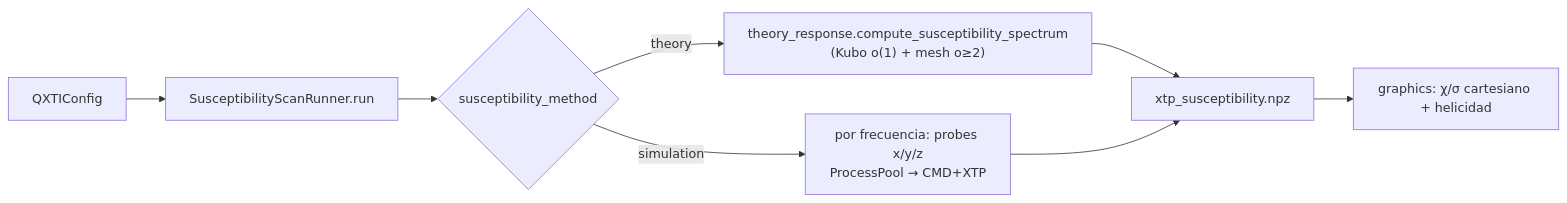
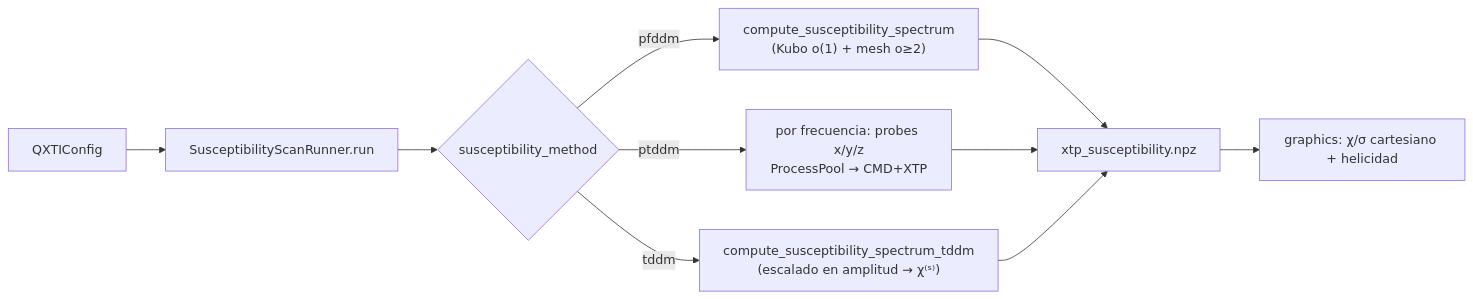
One commit to Vicber507/QXTI changed the second of 3 diagrams in docs/vault/Data Flow.md. Above: the diagram before and after it, drawn with Mermaid. The commit also changed other lines of this file and 26 other files, not shown here.

````diff
--- a/docs/vault/Data Flow.md
+++ b/docs/vault/Data Flow.md
@@ -55,10 +59,12 @@
 ```mermaid
 graph LR
     CFG[QXTIConfig] --> RUN[SusceptibilityScanRunner.run]
     RUN --> BR{susceptibility_method}
-    BR -->|theory| THS["theory_response.compute_susceptibility_spectrum<br/>(Kubo o(1) + mesh o≥2)"]
-    BR -->|simulation| WK["por frecuencia: probes x/y/z<br/>ProcessPool → CMD+XTP"]
+    BR -->|pfddm| THS["compute_susceptibility_spectrum<br/>(Kubo o(1) + mesh o≥2)"]
+    BR -->|ptddm| WK["por frecuencia: probes x/y/z<br/>ProcessPool → CMD+XTP"]
+    BR -->|tddm| TS["compute_susceptibility_spectrum_tddm<br/>(escalado en amplitud → χ⁽ˢ⁾)"]
     THS --> DS[xtp_susceptibility.npz]
     WK --> DS
+    TS --> DS
     DS --> GFX[graphics: χ/σ cartesiano + helicidad]
 ```
````
